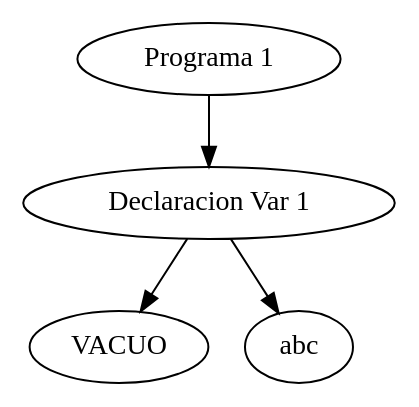
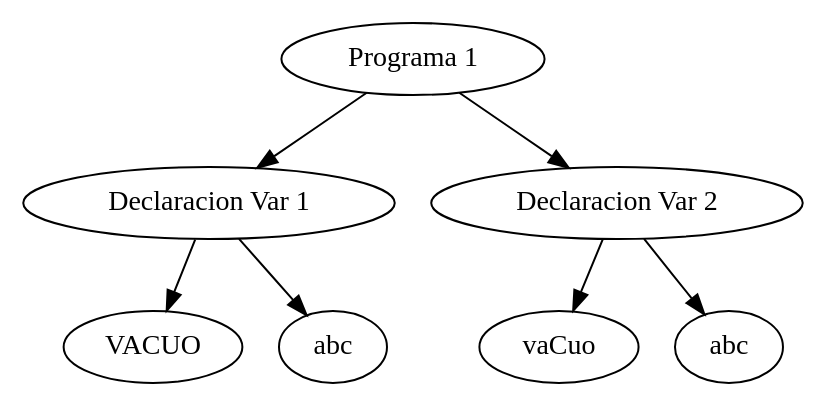
One commit to lancal/TallerCompiladores2018 changed the diagram in tree.dot. Above: the diagram before and after it, drawn with Graphviz. The commit also changed 7 other files, not shown here.

```diff
--- a/tree.dot
+++ b/tree.dot
@@ -1,7 +1,12 @@
 digraph G {
 	"Programa 1" -> "Declaracion Var 1"
 	1 [label="VACUO"]
 	"Declaracion Var 1" -> 1
 	2 [label="abc"]
 	"Declaracion Var 1" -> 2
+	"Programa 1" -> "Declaracion Var 2"
+	3 [label="vaCuo"]
+	"Declaracion Var 2" -> 3
+	4 [label="abc"]
+	"Declaracion Var 2" -> 4
 }
```
